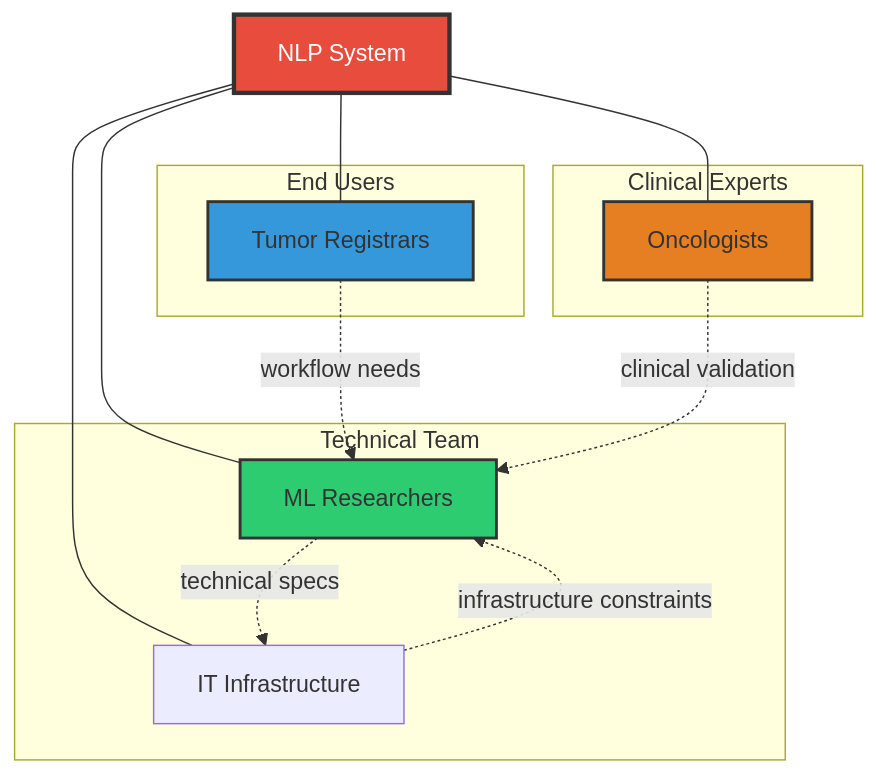
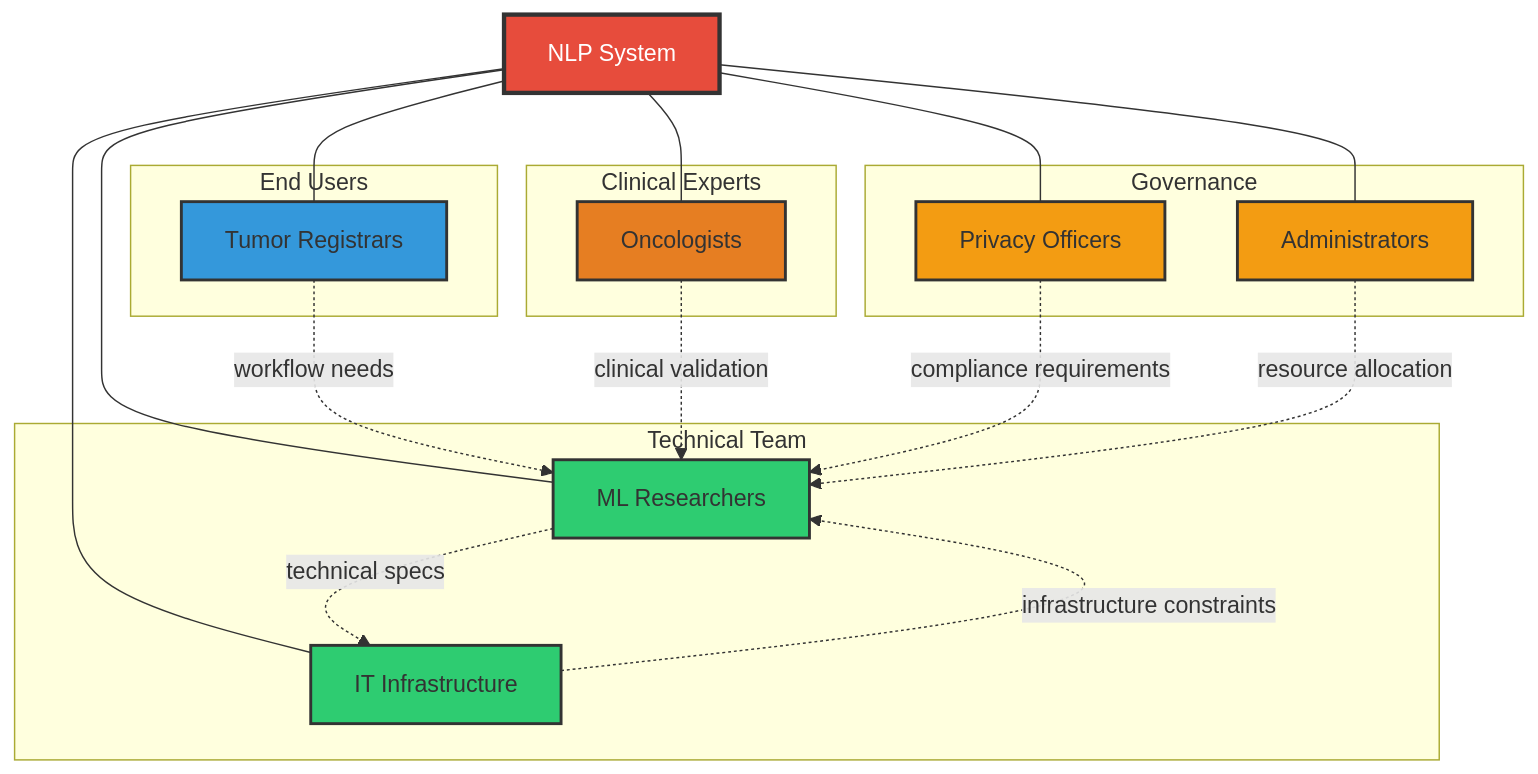
Before and after one commit to lgondara/qa_gen: the third of 3 diagrams in iclr_bp_v2.md, drawn with Mermaid. The commit also changed other lines of this file, not shown here.

Commit message:
Enhance clarity and detail in co-design section
Updated text for clarity and added details about stakeholder involvement and AI literacy.

````diff
--- a/iclr_bp_v2.md
+++ b/iclr_bp_v2.md
@@ -150,32 +150,44 @@
 ```mermaid
 graph TB
     NLP[NLP System]
     
     subgraph End Users
         TR[Tumor Registrars]
     end
     
     subgraph Clinical Experts
         ONC[Oncologists]
     end
     
     subgraph Technical Team
         ML[ML Researchers]
         IT[IT Infrastructure]
     end
     
+    subgraph Governance
+        PRIV[Privacy Officers]
+        ADMIN[Administrators]
+    end
+    
     NLP --- TR
     NLP --- ONC
     NLP --- ML
     NLP --- IT
+    NLP --- PRIV
+    NLP --- ADMIN
     
     TR -.workflow needs.-> ML
     ONC -.clinical validation.-> ML
     ML -.technical specs.-> IT
     IT -.infrastructure constraints.-> ML
+    PRIV -.compliance requirements.-> ML
+    ADMIN -.resource allocation.-> ML
     
     style NLP fill:#e74c3c,stroke:#333,stroke-width:3px,color:#fff
     style TR fill:#3498db,stroke:#333,stroke-width:2px
     style ONC fill:#e67e22,stroke:#333,stroke-width:2px
     style ML fill:#2ecc71,stroke:#333,stroke-width:2px
+    style IT fill:#2ecc71,stroke:#333,stroke-width:2px
+    style PRIV fill:#f39c12,stroke:#333,stroke-width:2px
+    style ADMIN fill:#f39c12,stroke:#333,stroke-width:2px
 ```
````
